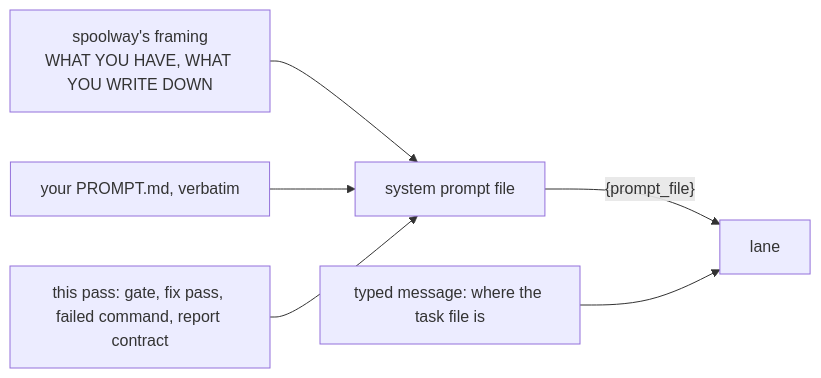
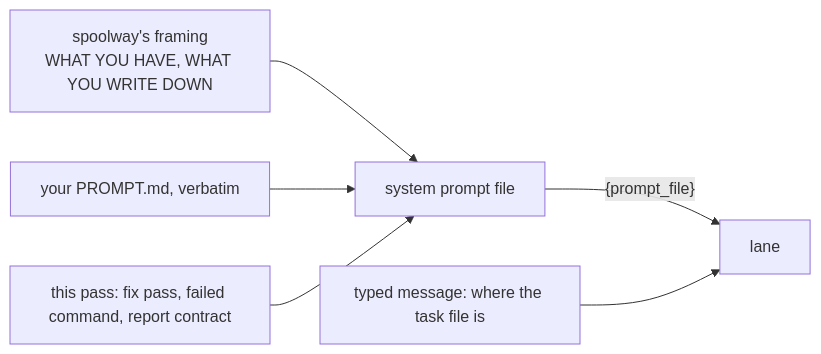
One commit to marvingygas/spoolway changed the diagram in docs/prompts.md. Above: the diagram before and after it, drawn with Mermaid. The commit also changed other lines of this file and 25 other files, not shown here.

````diff
--- a/docs/prompts.md
+++ b/docs/prompts.md
@@ -40,8 +40,8 @@
 ```mermaid
 flowchart LR
   A[spoolway's framing<br>WHAT YOU HAVE, WHAT YOU WRITE DOWN] --> S[system prompt file]
   B[your PROMPT.md, verbatim] --> S
-  C[this pass: gate, fix pass, failed command, report contract] --> S
+  C[this pass: fix pass, failed command, report contract] --> S
   S -->|"{prompt_file}"| L[lane]
   M[typed message: where the task file is] --> L
 ```
````
